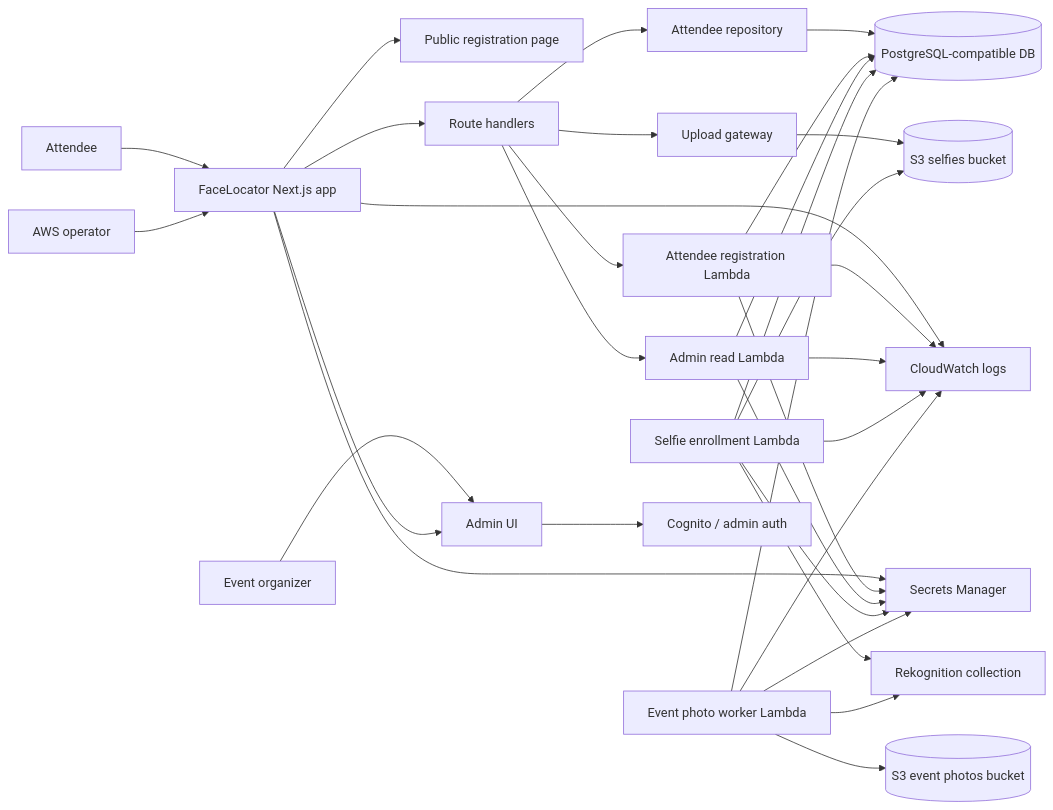
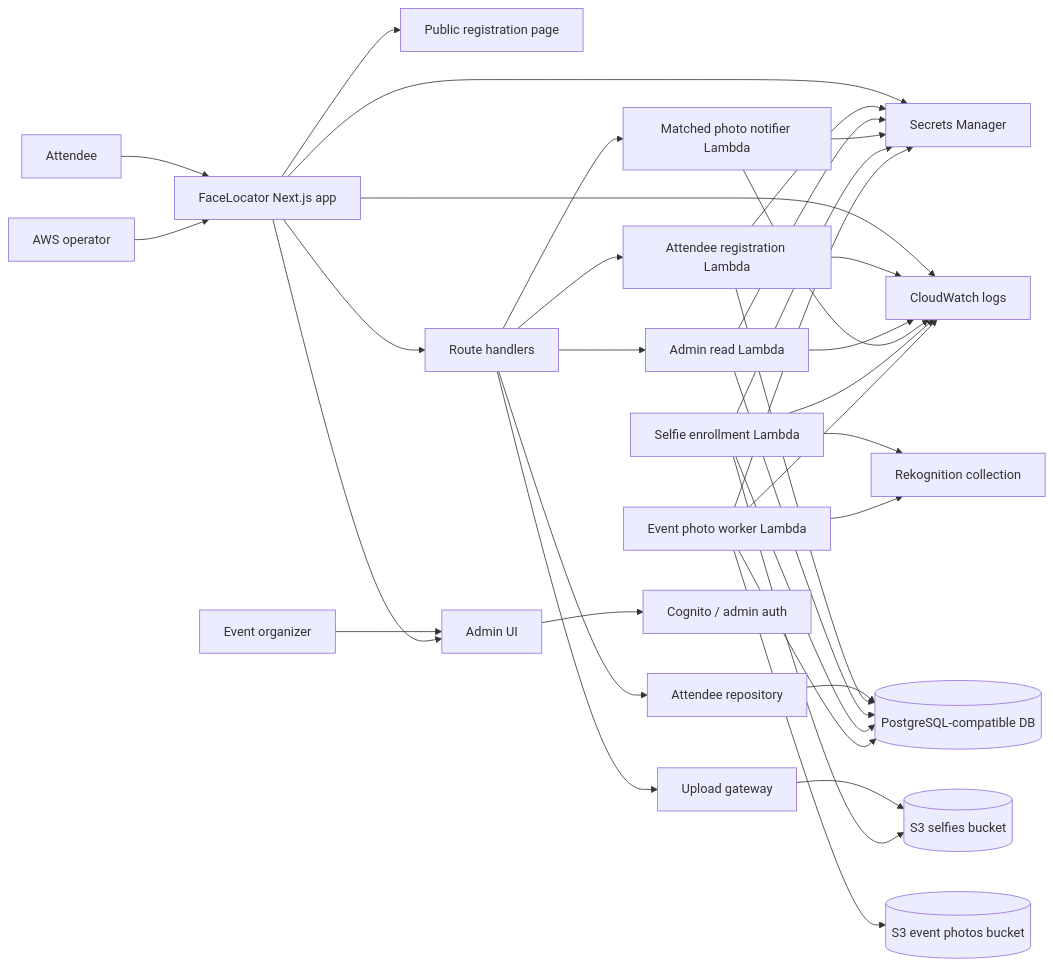
Before and after one commit to anyulled/FaceLocator: the first of 8 diagrams in README.md, drawn with Mermaid. The commit also changed other lines of this file and 16 other files, not shown here.

Commit message:
fix: route magic links through notifier lambda

````diff
--- a/README.md
+++ b/README.md
@@ -26,56 +27,60 @@
 ```mermaid
 flowchart LR
   attendee[Attendee]
   organizer[Event organizer]
   operator[AWS operator]
 
   app[FaceLocator Next.js app]
   publicPage[Public registration page]
   adminPage[Admin UI]
   api[Route handlers]
   repo[Attendee repository]
   upload[Upload gateway]
   attendeeLambda[Attendee registration Lambda]
   adminReadLambda[Admin read Lambda]
+  matchedNotifierLambda[Matched photo notifier Lambda]
   db[(PostgreSQL-compatible DB)]
   selfies[(S3 selfies bucket)]
   photos[(S3 event photos bucket)]
   lambda1[Selfie enrollment Lambda]
   lambda2[Event photo worker Lambda]
   rek[Rekognition collection]
   cognito[Cognito / admin auth]
   cloudwatch[CloudWatch logs]
   secrets[Secrets Manager]
 
   attendee --> app
   organizer --> adminPage
   operator --> app
   app --> publicPage
   app --> adminPage
   app --> api
   api --> repo
   api --> upload
   api --> attendeeLambda
   api --> adminReadLambda
+  api --> matchedNotifierLambda
   repo --> db
   upload --> selfies
   attendeeLambda --> db
   adminReadLambda --> db
   lambda1 --> selfies
   lambda1 --> rek
   lambda1 --> db
   lambda2 --> photos
   lambda2 --> rek
   lambda2 --> db
   adminPage --> cognito
   app --> cloudwatch
   attendeeLambda --> cloudwatch
   adminReadLambda --> cloudwatch
+  matchedNotifierLambda --> cloudwatch
   lambda1 --> cloudwatch
   lambda2 --> cloudwatch
   app --> secrets
   attendeeLambda --> secrets
   adminReadLambda --> secrets
+  matchedNotifierLambda --> secrets
   lambda1 --> secrets
   lambda2 --> secrets
 ```
````
